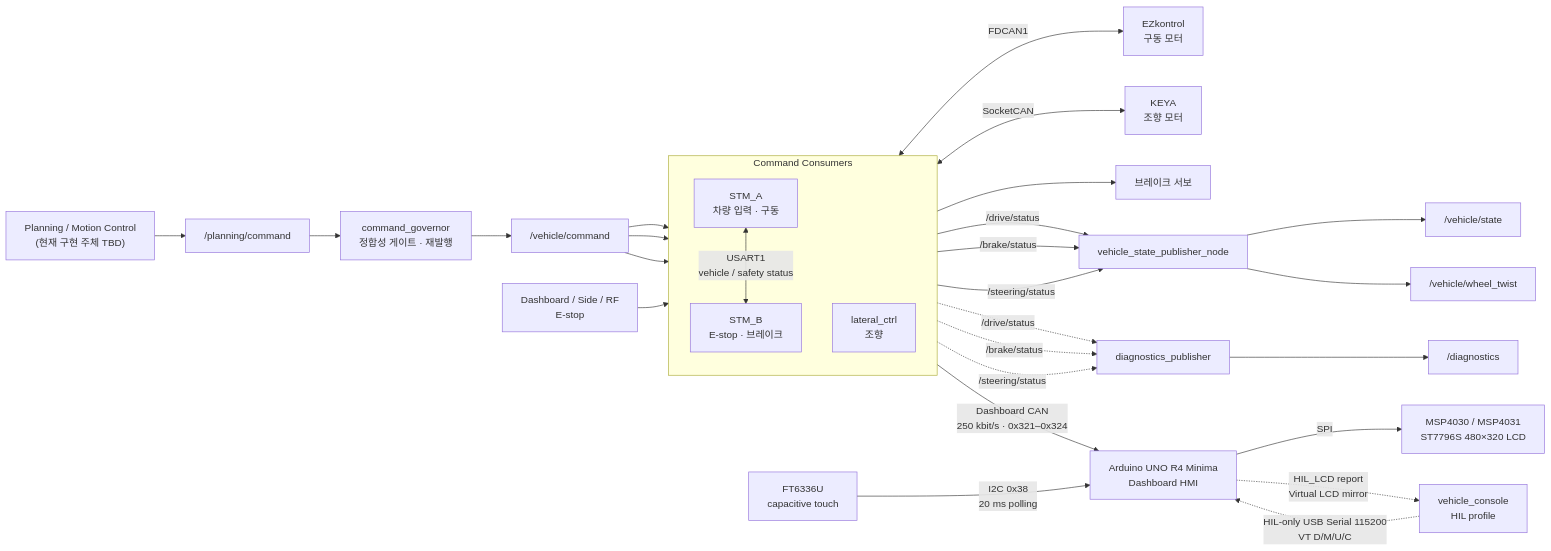
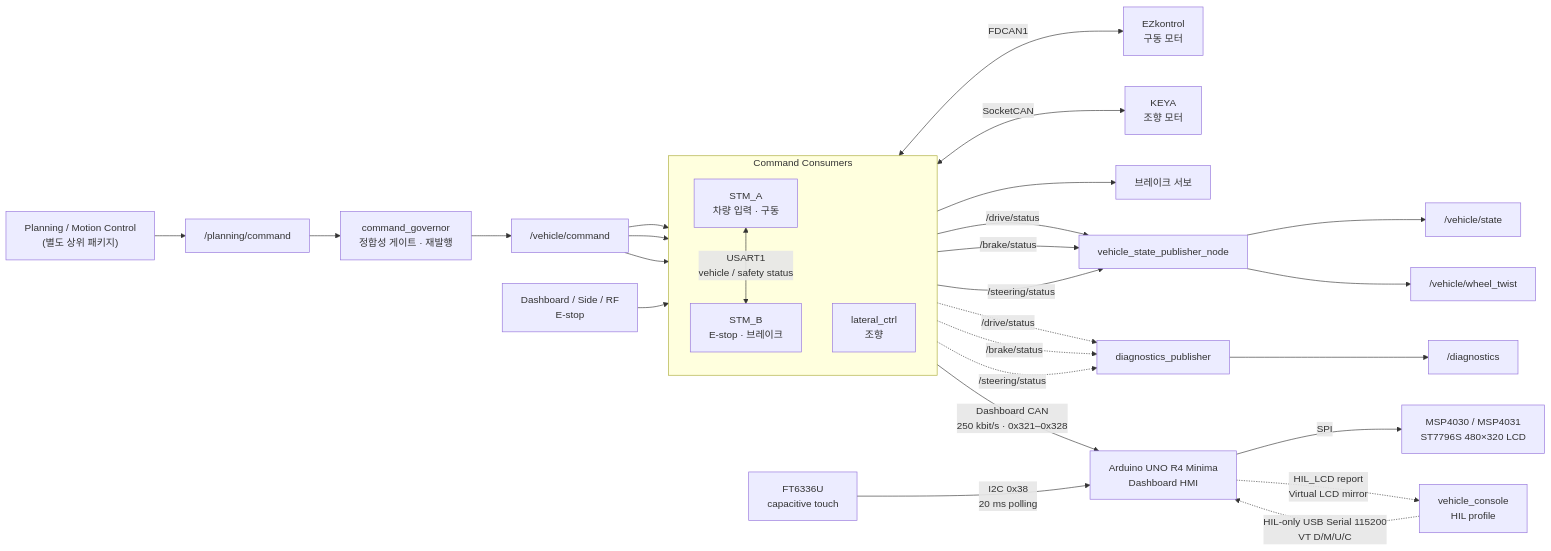
Before and after one commit to shinjuyeop/Control: the first of 2 diagrams in docs/ARCHITECTURE.md, drawn with Mermaid. The commit also changed other lines of this file and 25 other files, not shown here.

````diff
--- a/docs/ARCHITECTURE.md
+++ b/docs/ARCHITECTURE.md
@@ -15,54 +21,54 @@
 ```mermaid
 flowchart LR
-    Planning["Planning / Motion Control<br/>(현재 구현 주체 TBD)"]
+    Planning["Planning / Motion Control<br/>(별도 상위 패키지)"]
     PlanCmd["/planning/command"]
     Governor["command_governor<br/>정합성 게이트 · 재발행"]
     Command["/vehicle/command"]
 
     subgraph Consumers["Command Consumers"]
         direction TB
         STMA["STM_A<br/>차량 입력 · 구동"]
         STMB["STM_B<br/>E-stop · 브레이크"]
         Steering["lateral_ctrl<br/>조향"]
     end
 
     Drive["EZkontrol<br/>구동 모터"]
     Keya["KEYA<br/>조향 모터"]
     Estop["Dashboard / Side / RF<br/>E-stop"]
     Servo["브레이크 서보"]
     Fusion["vehicle_state_publisher_node"]
     State["/vehicle/state"]
     WheelTwist["/vehicle/wheel_twist"]
     Diagnostics["diagnostics_publisher"]
     DiagnosticTopic["/diagnostics"]
     UNO["Arduino UNO R4 Minima<br/>Dashboard HMI"]
     LCD["MSP4030 / MSP4031<br/>ST7796S 480×320 LCD"]
     Touch["FT6336U<br/>capacitive touch"]
     HilConsole["vehicle_console<br/>HIL profile"]
 
     Planning --> PlanCmd
     PlanCmd --> Governor
     Governor --> Command
     Command --> STMA
     Command --> STMB
     Command --> Steering
     STMA <-->|"USART1<br/>vehicle / safety status"| STMB
     STMA <-->|"FDCAN1"| Drive
     Steering <-->|"SocketCAN"| Keya
     Estop --> STMB
     STMB --> Servo
     STMA -->|"/drive/status"| Fusion
     STMB -->|"/brake/status"| Fusion
     Steering -->|"/steering/status"| Fusion
     Fusion --> State
     Fusion --> WheelTwist
     STMA -.->|"/drive/status"| Diagnostics
     STMB -.->|"/brake/status"| Diagnostics
     Steering -.->|"/steering/status"| Diagnostics
     Diagnostics --> DiagnosticTopic
-    STMB -->|"Dashboard CAN<br/>250 kbit/s · 0x321–0x324"| UNO
+    STMB -->|"Dashboard CAN<br/>250 kbit/s · 0x321–0x328"| UNO
     UNO -->|"SPI"| LCD
     Touch -->|"I2C 0x38<br/>20 ms polling"| UNO
     HilConsole -.->|"HIL-only USB Serial 115200<br/>VT D/M/U/C"| UNO
     UNO -.->|"HIL_LCD report<br/>Virtual LCD mirror"| HilConsole
 ```
````
